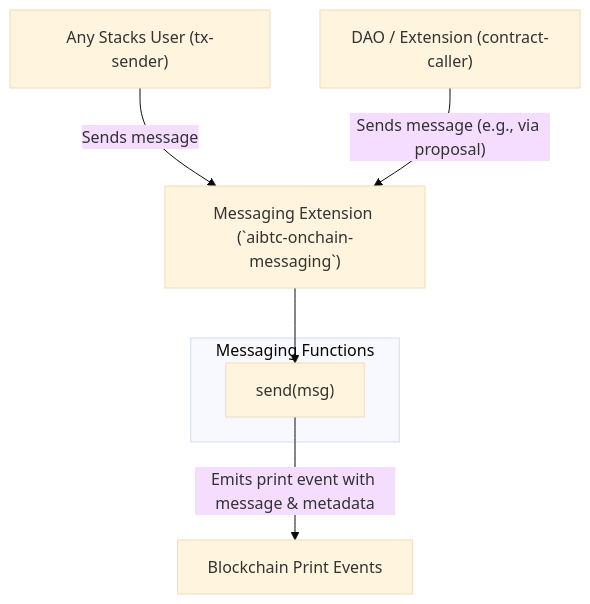
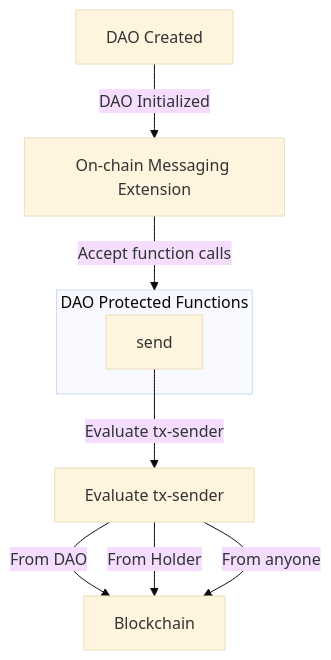
Before and after one commit to aibtcdev/aibtcdev-docs: the diagram in aibtc-contracts/dao-extensions/onchain-messaging.md, drawn with Mermaid (base theme). The commit also changed other lines of this file and 12 other files, not shown here.

````diff
--- a/aibtc-contracts/dao-extensions/onchain-messaging.md
+++ b/aibtc-contracts/dao-extensions/onchain-messaging.md
@@ -28,16 +27,18 @@
 ```mermaid
 flowchart TD
-    A["Any Stacks User (tx-sender)"]
-    B["DAO / Extension (contract-caller)"]
-    C["Messaging Extension (`aibtc-onchain-messaging`)"]
-    D["Blockchain Print Events"]
-    
-    subgraph Messaging Functions
-        CA["send(msg)"]
+    A["DAO Created"]
+    B["On-chain Messaging Extension"]
+    C["Evaluate tx-sender"]
+    D["Blockchain"]
+
+    subgraph UF["DAO Protected Functions"]
+        BA["send"]
     end
-    
-    A -->|"Sends message"| C
-    B -->|"Sends message (e.g., via proposal)"| C
-    C --> CA
-    CA --"Emits print event with message & metadata"--> D
+
+    A -->|"DAO Initialized"| B
+    B -->|"Accept function calls"| UF
+    BA -->|"Evaluate tx-sender"| C
+    C -->|"From DAO"| D
+    C -->|"From Holder"| D
+    C -->|"From anyone"| D
 ```
````
